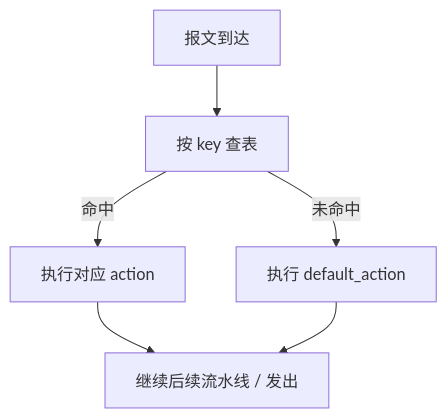
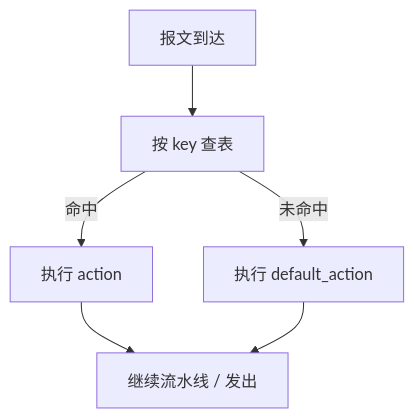
One commit to Sukkk-zcy/Sukkk-zcy.github.io changed the third of 4 diagrams in src/content/blog/P4/p4-02-language-core.mdx. Above: the diagram before and after it, drawn with Mermaid. The commit also changed other lines of this file and 2 other files, not shown here.

````diff
--- a/src/content/blog/P4/p4-02-language-core.mdx
+++ b/src/content/blog/P4/p4-02-language-core.mdx
@@ -189,8 +175,8 @@
 ```mermaid
 flowchart TD
     A["报文到达"] --> B["按 key 查表"]
-    B -->|"命中"| C["执行对应 action"]
+    B -->|"命中"| C["执行 action"]
     B -->|"未命中"| D["执行 default_action"]
-    C --> E["继续后续流水线 / 发出"]
+    C --> E["继续流水线 / 发出"]
     D --> E
 ```
````
